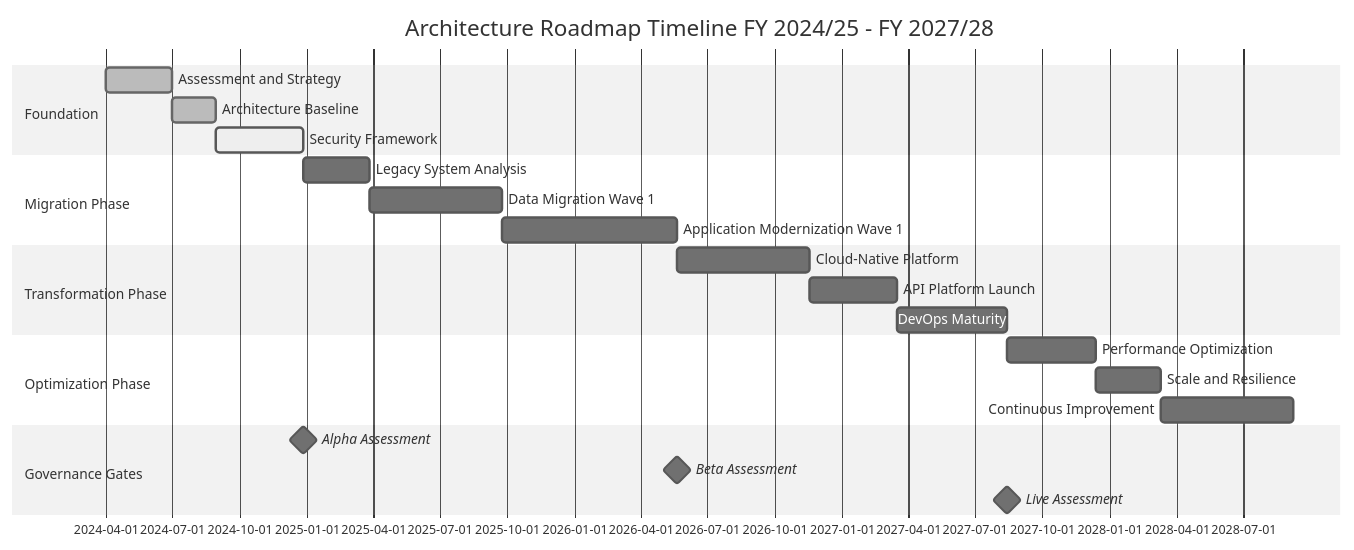
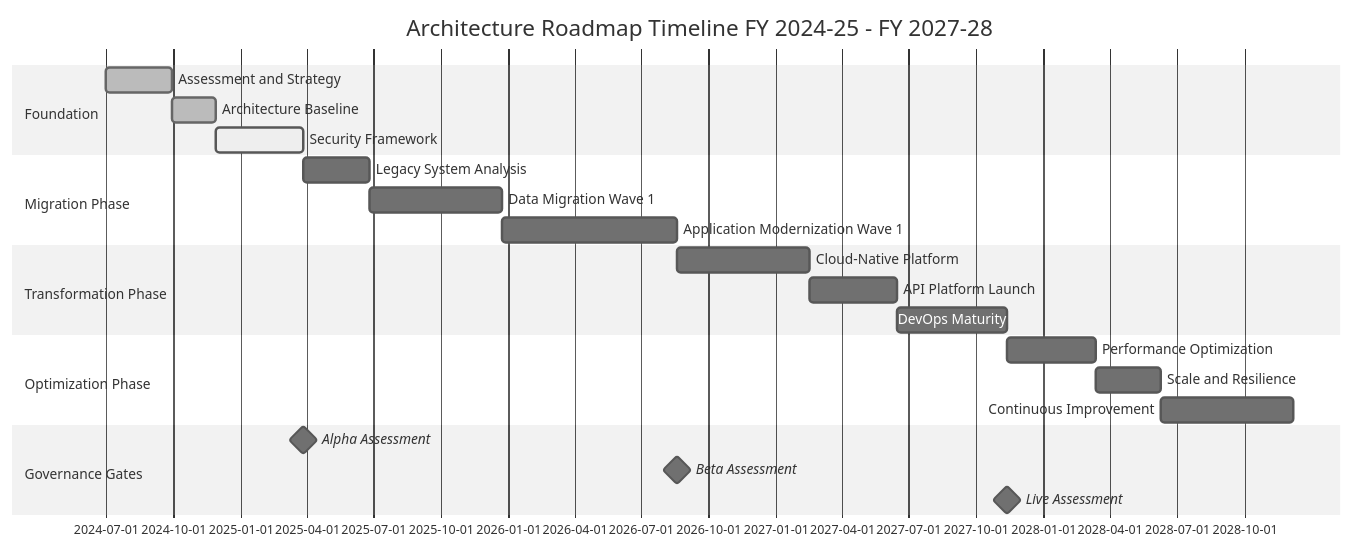
Before and after one commit to GuyRus/arc-kit: the first of 2 diagrams in arckit-plugin/commands/roadmap.md, drawn with Mermaid (neutral theme). The commit also changed other lines of this file and 6 other files, not shown here.

Commit message:
docs(phase7.5-roadmap): AU-align roadmap without losing structure

````diff
--- a/arckit-plugin/commands/roadmap.md
+++ b/arckit-plugin/commands/roadmap.md
@@ -146,30 +146,30 @@
 ```mermaid
 gantt
-    title Architecture Roadmap Timeline FY 2024/25 - FY 2027/28
+    title Architecture Roadmap Timeline FY 2024-25 - FY 2027-28
     dateFormat YYYY-MM-DD
 
     section Foundation
-    Assessment and Strategy           :done, foundation1, 2024-04-01, 90d
+    Assessment and Strategy           :done, foundation1, 2024-07-01, 90d
     Architecture Baseline            :done, foundation2, after foundation1, 60d
     Security Framework               :active, foundation3, after foundation2, 120d
 
     section Migration Phase
     Legacy System Analysis           :migration1, after foundation3, 90d
     Data Migration Wave 1            :migration2, after migration1, 180d
     Application Modernization Wave 1 :migration3, after migration2, 240d
 
     section Transformation Phase
     Cloud-Native Platform            :transform1, after migration3, 180d
     API Platform Launch              :transform2, after transform1, 120d
     DevOps Maturity                  :transform3, after transform2, 150d
 
     section Optimization Phase
     Performance Optimization         :optimize1, after transform3, 120d
     Scale and Resilience             :optimize2, after optimize1, 90d
     Continuous Improvement           :optimize3, after optimize2, 180d
 
     section Governance Gates
     Alpha Assessment                 :milestone, gate1, after foundation3, 0d
     Beta Assessment                  :milestone, gate2, after migration3, 0d
     Live Assessment                  :milestone, gate3, after transform3, 0d
 ```
````
